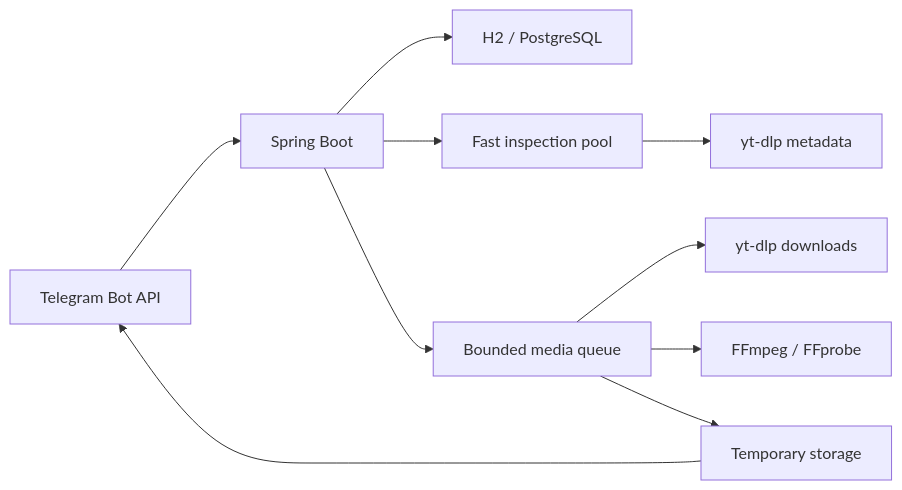
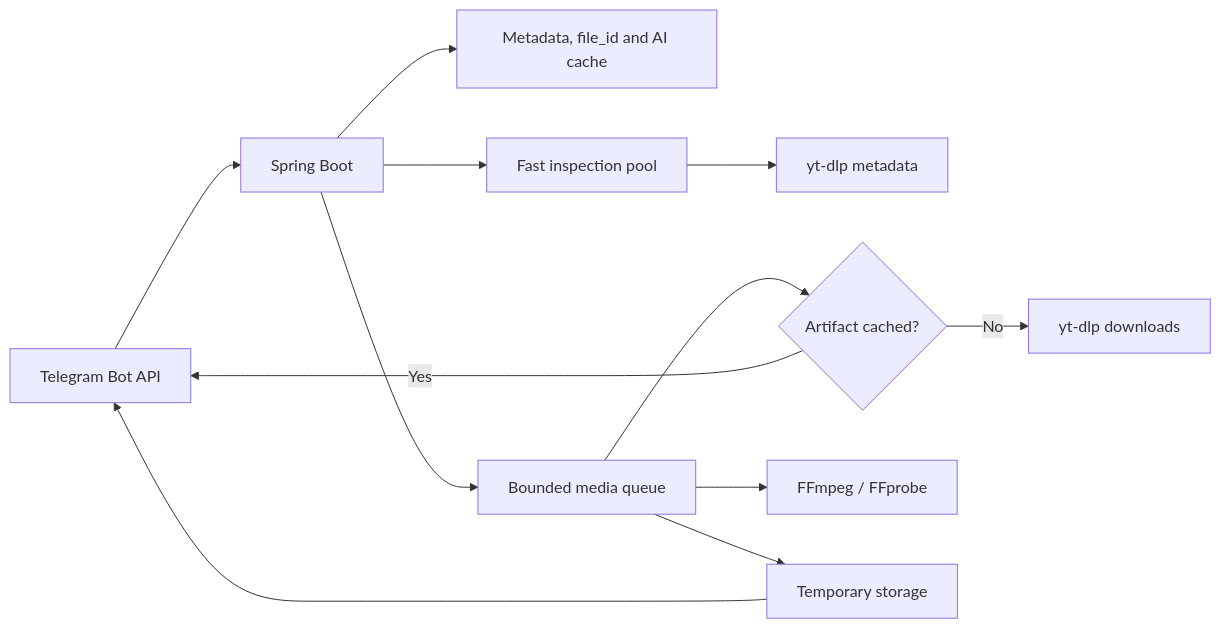
The second of 2 diagrams in README.md (aminov-nurmuhammad/TubeForge-Bot), drawn with Mermaid before and after one commit. The commit also changed other lines of this file and 53 other files, not shown here.

````diff
--- a/README.md
+++ b/README.md
@@ -225,12 +260,14 @@
 ```mermaid
 flowchart LR
     TG["Telegram Bot API"] --> APP["Spring Boot"]
-    APP --> DB["H2 / PostgreSQL"]
+    APP --> DB["Metadata, file_id and AI cache"]
     APP --> IQ["Fast inspection pool"]
     APP --> Q["Bounded media queue"]
     IQ --> YTM["yt-dlp metadata"]
-    Q --> YTD["yt-dlp downloads"]
+    Q --> CACHE{"Artifact cached?"}
+    CACHE -->|No| YTD["yt-dlp downloads"]
+    CACHE -->|Yes| TG
     Q --> FF["FFmpeg / FFprobe"]
     Q --> FS["Temporary storage"]
     FS --> TG
 ```
````
